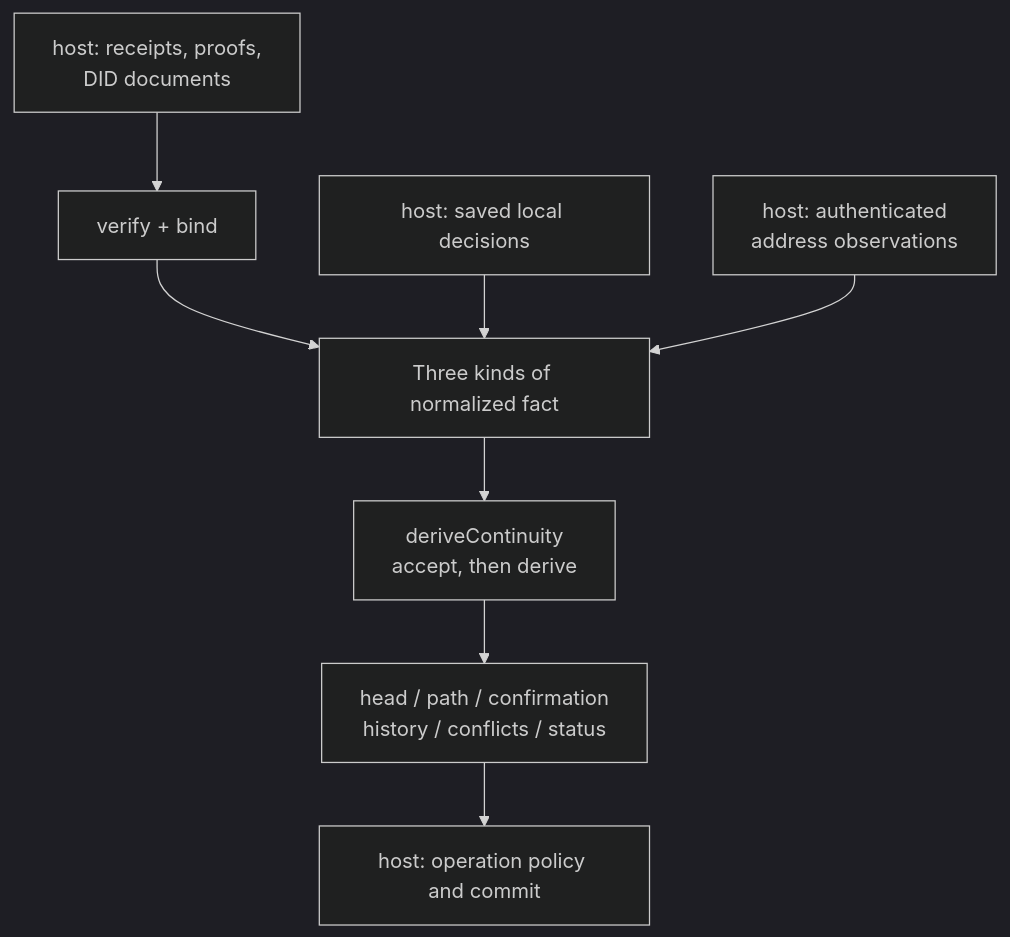
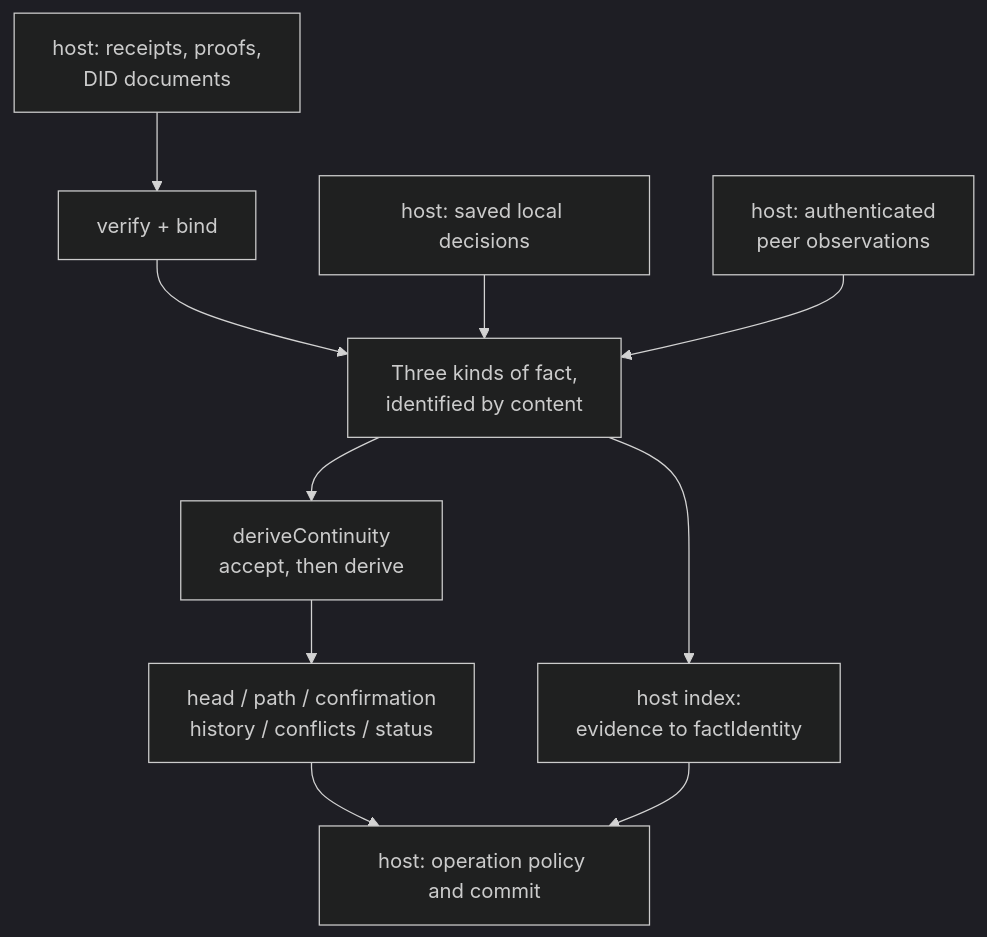
One commit to estoc-dev/estoc changed the first of 18 diagrams in packages/continuity/docs/guide.md. Above: the diagram before and after it, drawn with Mermaid (dark theme). The commit also changed other lines of this file and 32 other files, not shown here.

First line of the commit message:
Continuity facts identified by their content (estoc-continuity/3) (#189)

````diff
--- a/packages/continuity/docs/guide.md
+++ b/packages/continuity/docs/guide.md
@@ -31,10 +32,12 @@
 ```mermaid
 flowchart TB
     R["host: receipts, proofs,<br/>DID documents"] --> V["verify + bind"]
-    V --> F["Three kinds of normalized fact"]
+    V --> F["Three kinds of fact,<br/>identified by content"]
     D["host: saved local decisions"] --> F
-    O["host: authenticated<br/>address observations"] --> F
+    O["host: authenticated<br/>peer observations"] --> F
+    F --> X["host index:<br/>evidence to factIdentity"]
     F --> M["deriveContinuity<br/>accept, then derive"]
     M --> Q["head / path / confirmation<br/>history / conflicts / status"]
     Q --> H["host: operation policy and commit"]
+    X --> H
 ```
````
